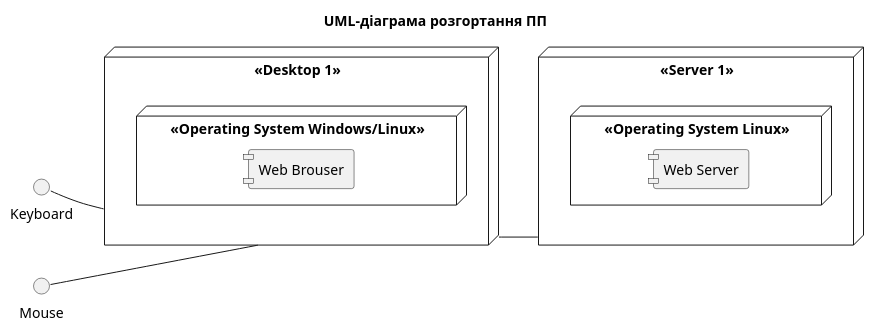
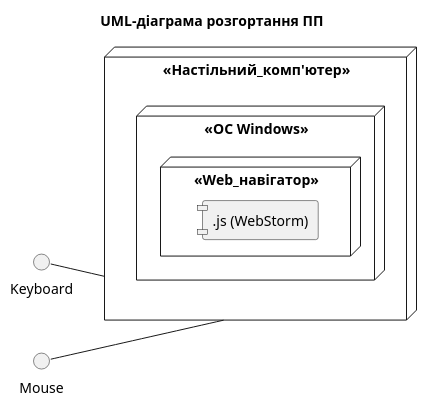
The diagram in 2-SoftwareDesign/2.7-PlantUML/UML-Deployment.puml (oleksandrblazhko/ai203-voyakovskij), drawn with PlantUML before and after one commit.

```diff
--- a/2-SoftwareDesign/2.7-PlantUML/UML-Deployment.puml
+++ b/2-SoftwareDesign/2.7-PlantUML/UML-Deployment.puml
@@ -1,31 +1,25 @@
 @startuml
 
 title UML-діаграма розгортання ПП
 
 left to right direction
 
 skinparam componentStyle uml1
 
-node "<<Desktop 1>>" as dk1 {
-	node "<<Operating System Windows/Linux>>" {
-		component [Web Brouser]
+node "<<Настільний_комп'ютер>>" as dk1 {
+	node "<<ОС Windows>>" {
+		node "<<Web_навігатор>>" {
+			component [.js (WebStorm)]
+		}
 	}
 }
 
 interface Keyboard
 
 interface Mouse
 
 Keyboard -- dk1
 
 Mouse -- dk1
 
-node "<<Server 1>>" as serv1 {
-	node "<<Operating System Linux>>" {
-		component [Web Server]
-	}
-}
-
-dk1 -- serv1
-
 @enduml
```
